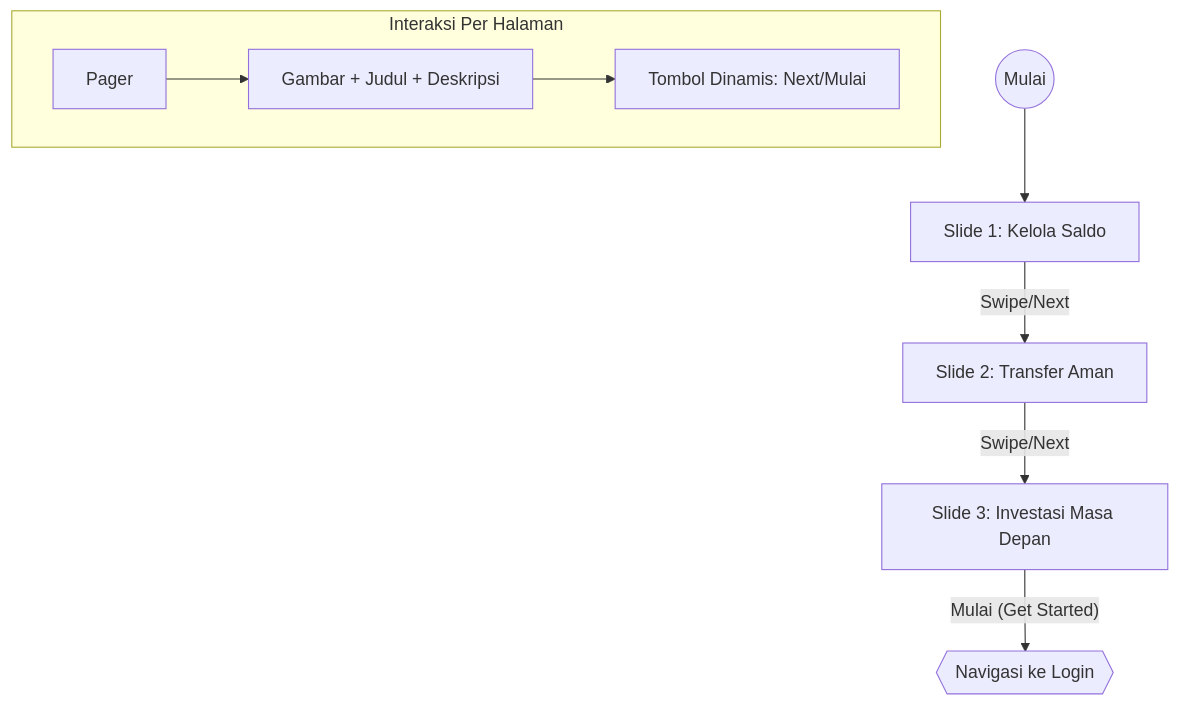
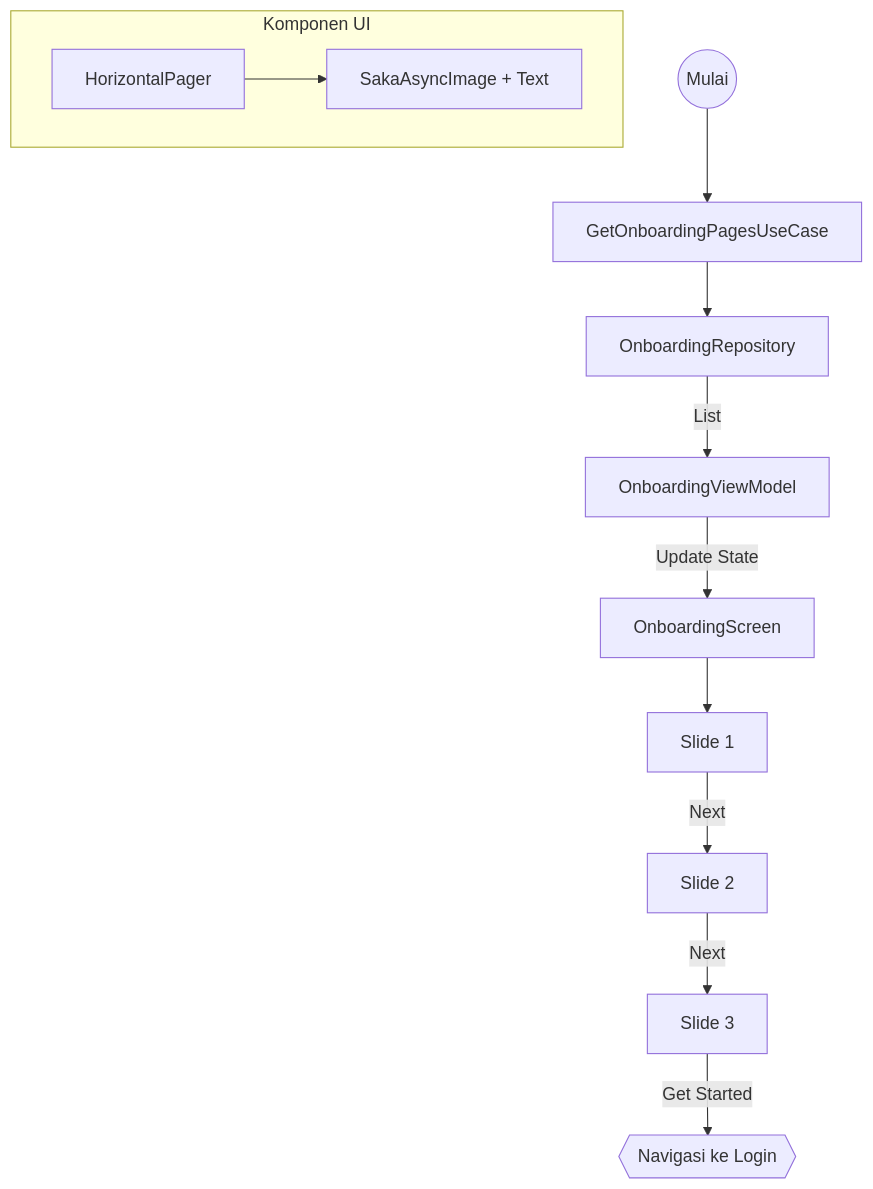
One commit to muharifandi/compose-mvi changed the diagram in docs/docs-feature/onboarding-feature.md. Above: the diagram before and after it, drawn with Mermaid. The commit also changed other lines of this file and 53 other files, not shown here.

Commit message:
Refactor: Implement Clean Architecture, SOLID principles, and update documentation for Master, Auth, and Onboarding features

````diff
--- a/docs/docs-feature/onboarding-feature.md
+++ b/docs/docs-feature/onboarding-feature.md
@@ -16,12 +16,16 @@
 ```mermaid
 graph TD
-    Start((Mulai)) --> Page1[Slide 1: Kelola Saldo]
-    Page1 -- Swipe/Next --> Page2[Slide 2: Transfer Aman]
-    Page2 -- Swipe/Next --> Page3[Slide 3: Investasi Masa Depan]
-    Page3 -- "Mulai (Get Started)" --> LoginFlow{{Navigasi ke Login}}
+    Start((Mulai)) --> UC[GetOnboardingPagesUseCase]
+    UC --> Repo[OnboardingRepository]
+    Repo -- "List<Page>" --> VM[OnboardingViewModel]
+    VM -- "Update State" --> UI[OnboardingScreen]
     
-    subgraph UI_Interaction [Interaksi Per Halaman]
-        P[Pager] --> Content[Gambar + Judul + Deskripsi]
-        Content --> Button[Tombol Dinamis: Next/Mulai]
+    UI --> Page1[Slide 1]
+    Page1 -- Next --> Page2[Slide 2]
+    Page2 -- Next --> Page3[Slide 3]
+    Page3 -- "Get Started" --> LoginFlow{{Navigasi ke Login}}
+    
+    subgraph UI_Interaction [Komponen UI]
+        P[HorizontalPager] --> Content[SakaAsyncImage + Text]
     end
 ```
````
